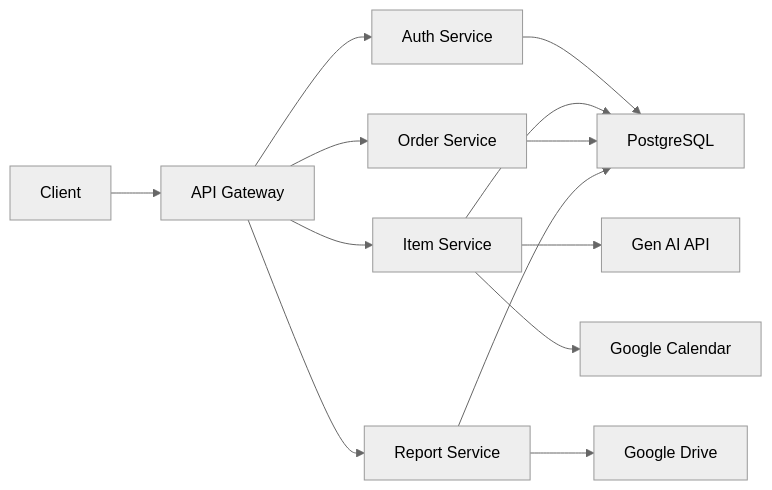
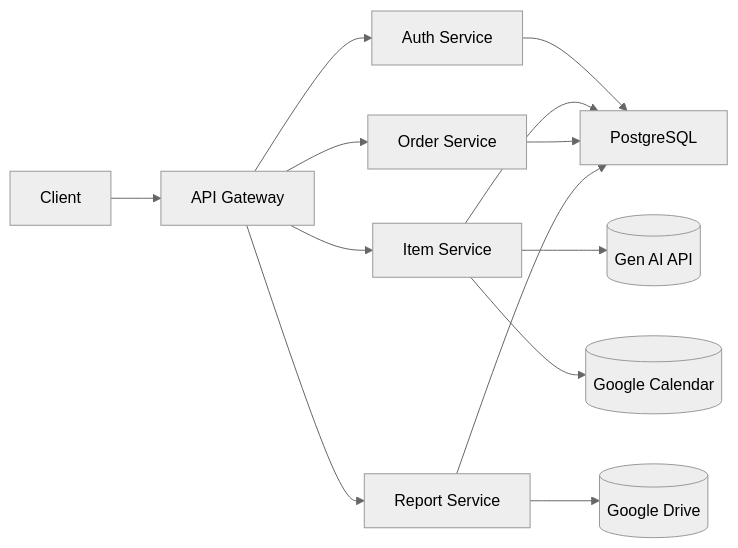
One commit to engyahmed7/Intelligent-inventory-management changed the first of 3 diagrams in README.md. Above: the diagram before and after it, drawn with Mermaid (neutral theme). The commit also changed other lines of this file, not shown here.

````diff
--- a/README.md
+++ b/README.md
@@ -12,15 +10,15 @@
 ```mermaid
 graph LR
   A[Client] --> B[API Gateway]
   B --> C[Auth Service]
   B --> D[Item Service]
   B --> E[Order Service]
   B --> F[Report Service]
   C --> G[PostgreSQL]
   D --> G
   E --> G
   F --> G
-  D --> H[Gen AI API]
-  F --> I[Google Drive]
-  D --> J[Google Calendar]
+  D --> H[(Gen AI API)]
+  F --> I[(Google Drive)]
+  D --> J[(Google Calendar)]
 ```
````
